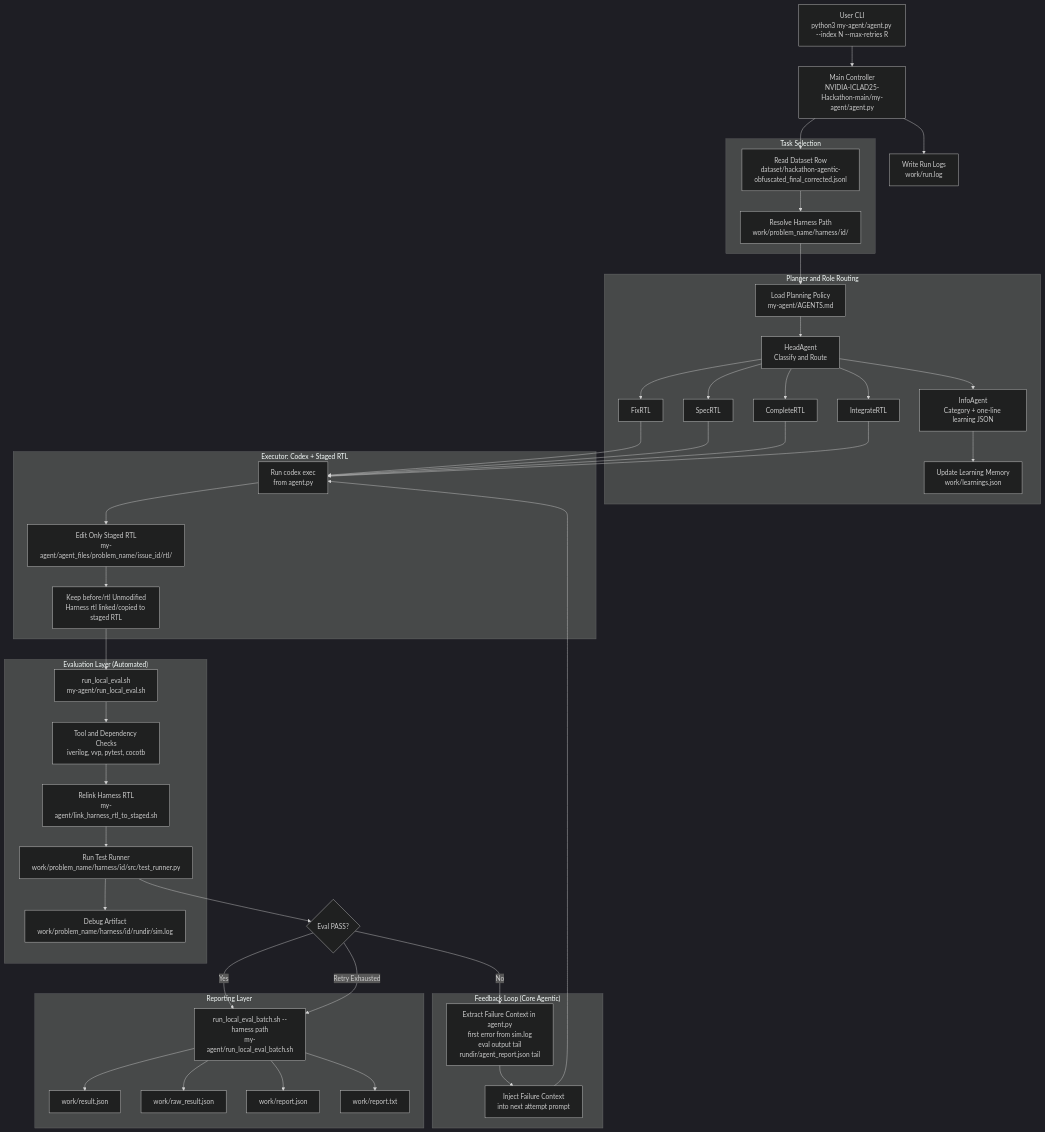
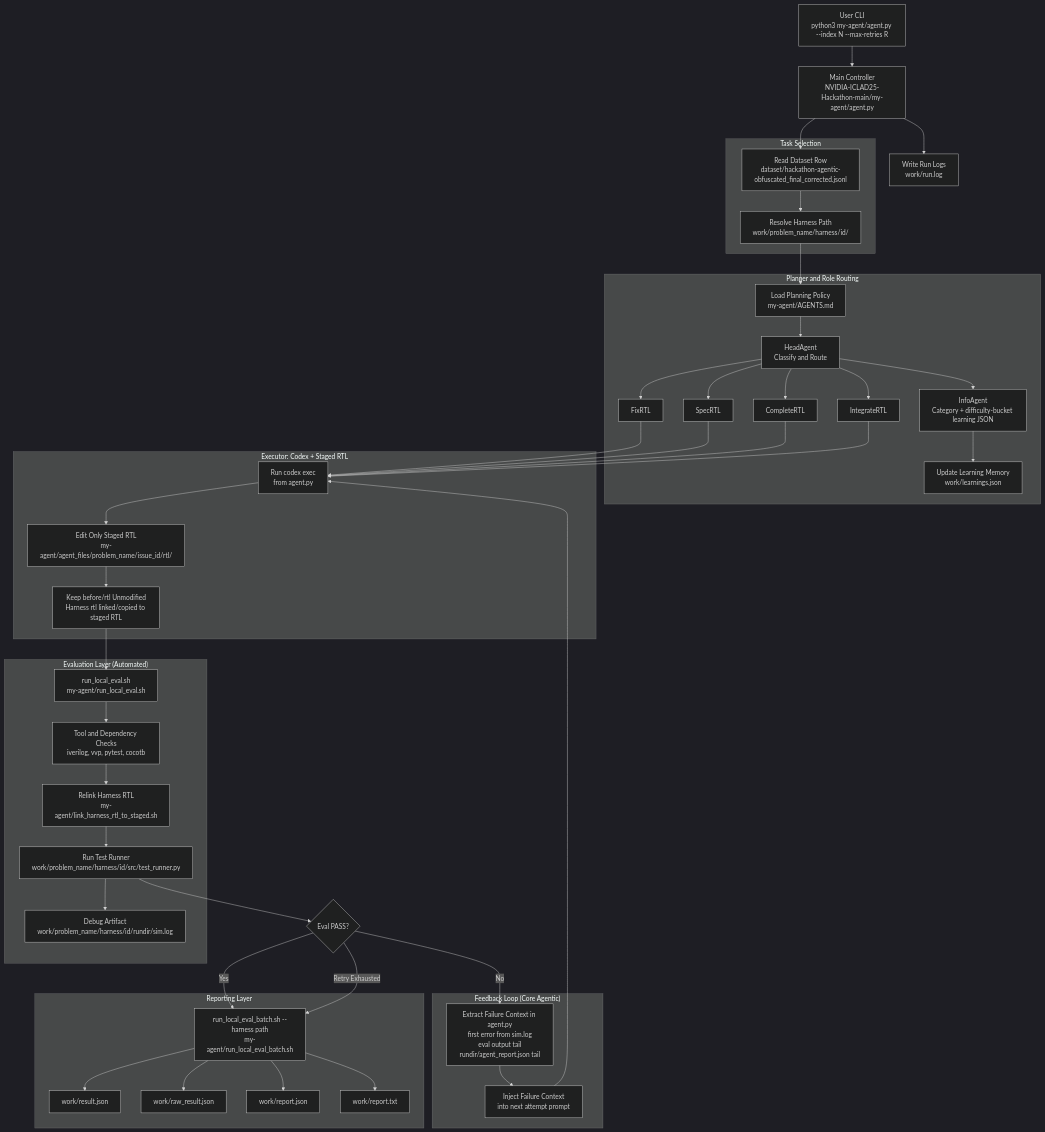
The diagram in README.md (CRN4X/Agents-for-Chip-Design-Automation), drawn with Mermaid (dark theme) before and after one commit. The commit also changed other lines of this file and 50 other files, not shown here.

```diff
--- a/README.md
+++ b/README.md
@@ -235,7 +241,7 @@
       subgraph PLAN["Planner and Role Routing"]
           E["Load Planning Policy<br/>my-agent/AGENTS.md"]
           F["HeadAgent<br/>Classify and Route"]
-          G["InfoAgent<br/>Category + one-line learning JSON"]
+          G["InfoAgent<br/>Category + difficulty-bucket learning JSON"]
           H1["FixRTL"]
           H2["SpecRTL"]
           H3["CompleteRTL"]
```
